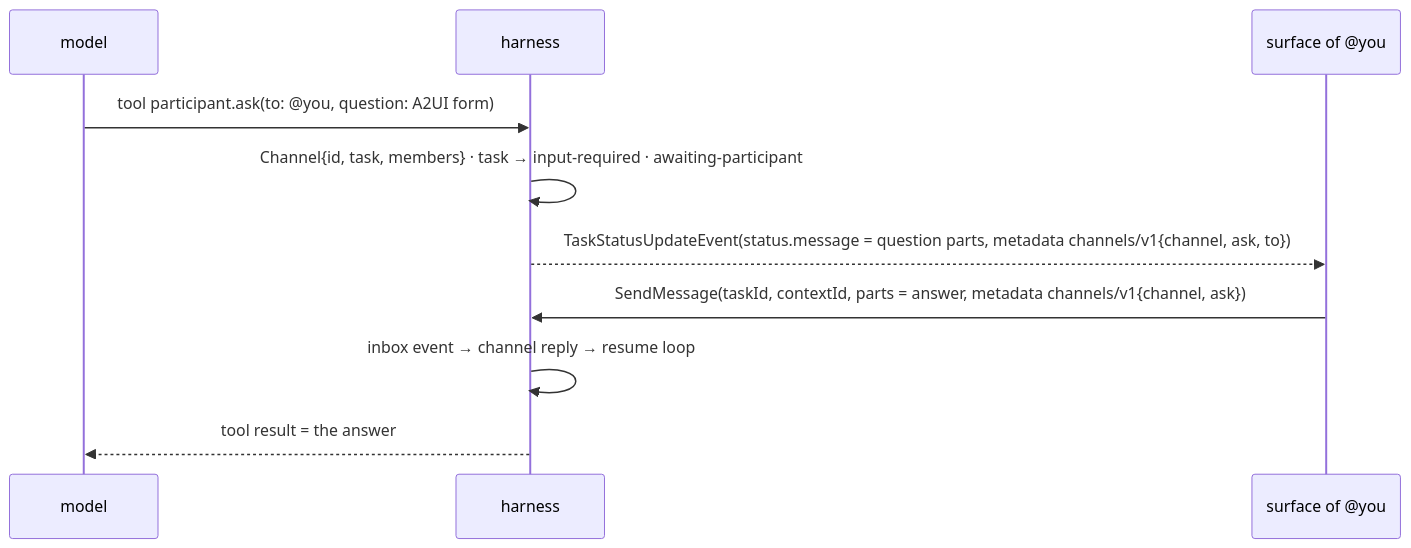
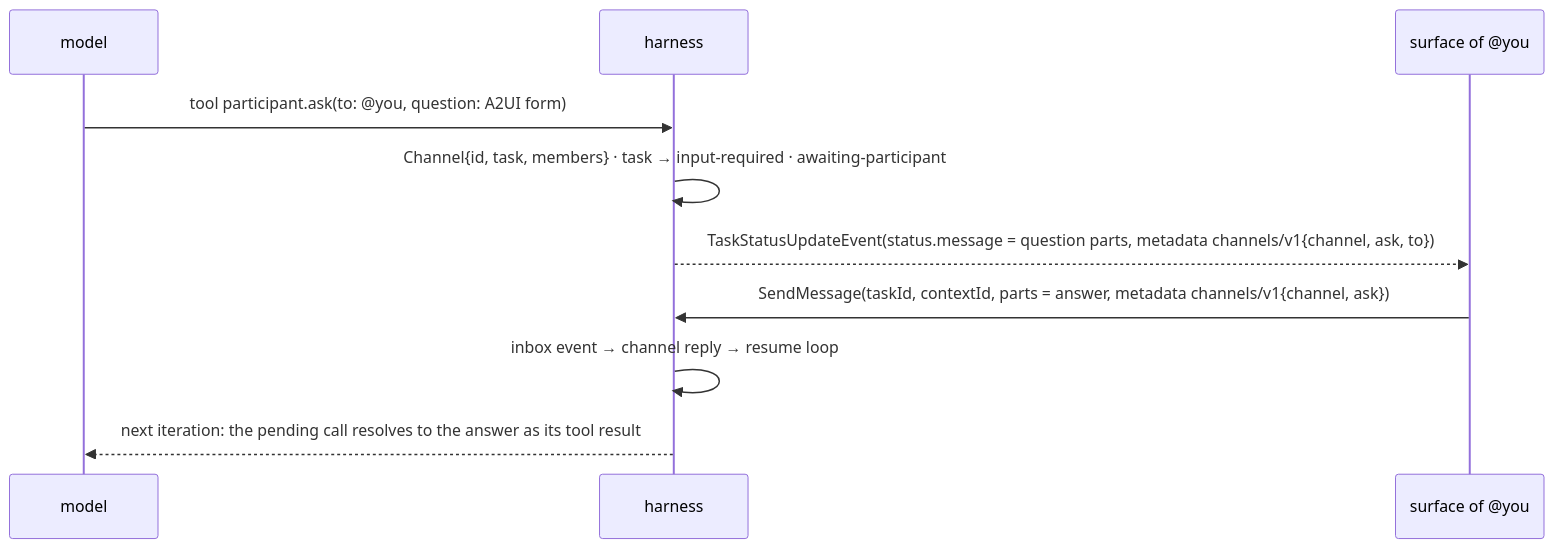
One commit to MadaraUchiha-314/rusty-harness changed the sixth of 8 diagrams in docs/specs/issue-3/design.md. Above: the diagram before and after it, drawn with Mermaid. The commit also changed other lines of this file, not shown here.

````diff
--- a/docs/specs/issue-3/design.md
+++ b/docs/specs/issue-3/design.md
@@ -913,12 +921,12 @@
 ```mermaid
 sequenceDiagram
   participant M as model
   participant H as harness
   participant S as surface of @you
   M->>H: tool participant.ask(to: @you, question: A2UI form)
   H->>H: Channel{id, task, members} · task → input-required · awaiting-participant
   H-->>S: TaskStatusUpdateEvent(status.message = question parts, metadata channels/v1{channel, ask, to})
   S->>H: SendMessage(taskId, contextId, parts = answer, metadata channels/v1{channel, ask})
   H->>H: inbox event → channel reply → resume loop
-  H-->>M: tool result = the answer
+  H-->>M: next iteration: the pending call resolves to the answer as its tool result
 ```
````
